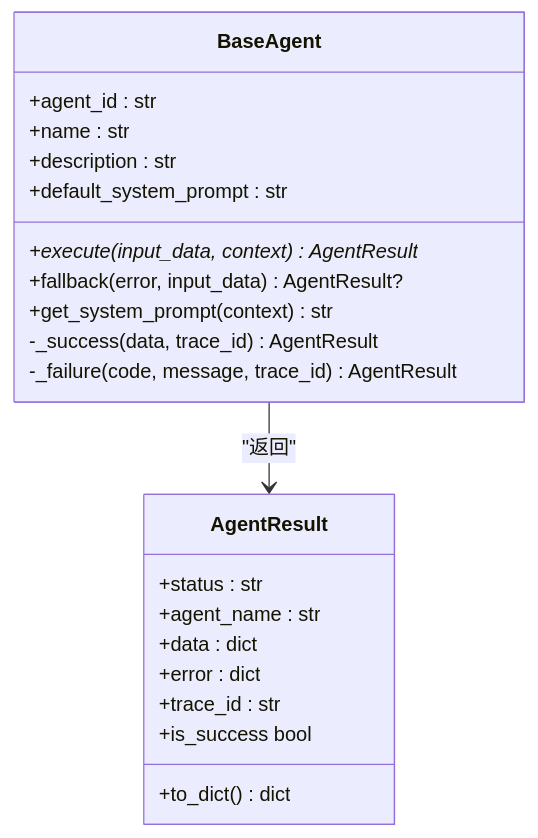
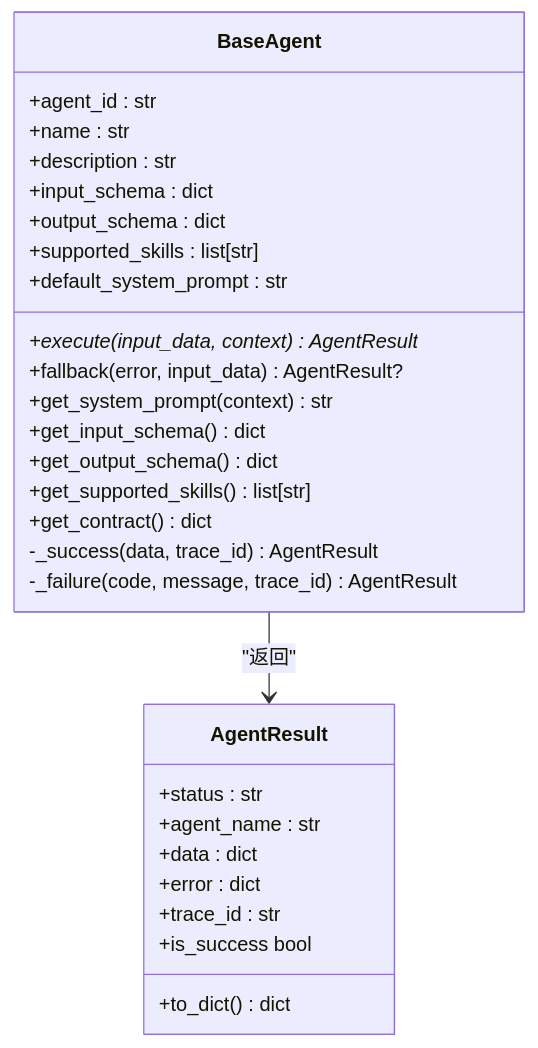
Before and after one commit to sansansansansan2022-web/hotclaw: the third of 9 diagrams in .qoder/repowiki/zh/content/后端开发/Agent智能体系统/Agent智能体系统.md, drawn with Mermaid. The commit also changed other lines of this file and 44 other files, not shown here.

````diff
--- a/.qoder/repowiki/zh/content/后端开发/Agent智能体系统/Agent智能体系统.md
+++ b/.qoder/repowiki/zh/content/后端开发/Agent智能体系统/Agent智能体系统.md
@@ -177,24 +202,31 @@
 ```mermaid
 classDiagram
 class BaseAgent {
 +agent_id : str
 +name : str
 +description : str
++input_schema : dict
++output_schema : dict
++supported_skills : list[str]
 +default_system_prompt : str
 +execute(input_data, context) AgentResult*
 +fallback(error, input_data) AgentResult?
 +get_system_prompt(context) str
++get_input_schema() dict
++get_output_schema() dict
++get_supported_skills() list[str]
++get_contract() dict
 -_success(data, trace_id) AgentResult
 -_failure(code, message, trace_id) AgentResult
 }
 class AgentResult {
 +status : str
 +agent_name : str
 +data : dict
 +error : dict
 +trace_id : str
 +to_dict() dict
 +is_success bool
 }
 BaseAgent --> AgentResult : "返回"
 ```
````
